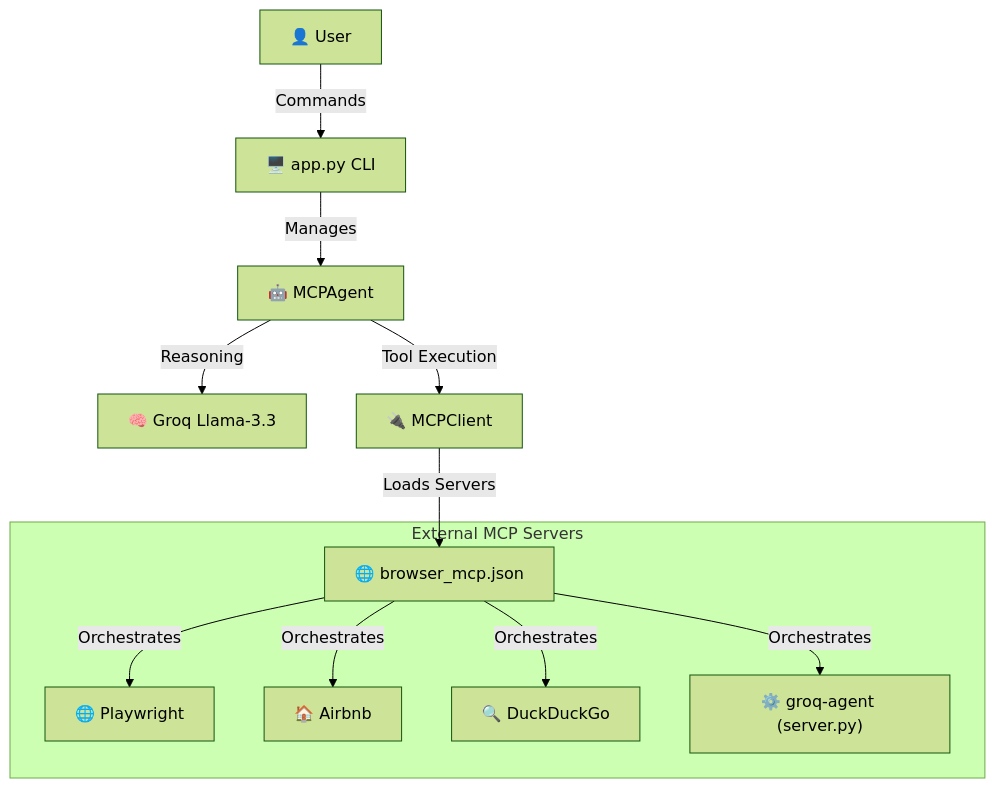
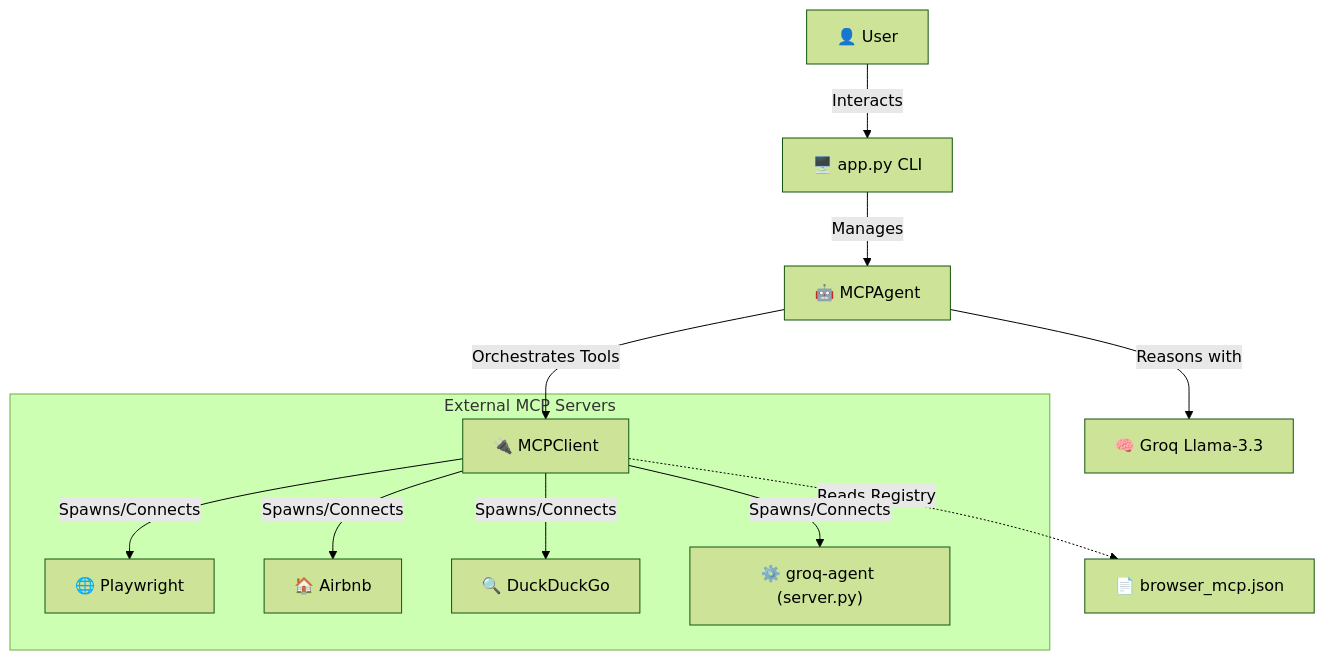
One commit to DarshanHegdeP/MCP changed the diagram in README.md. Above: the diagram before and after it, drawn with Mermaid (forest theme). The commit also changed other lines of this file, not shown here.

````diff
--- a/README.md
+++ b/README.md
@@ -11,15 +11,15 @@
 ```mermaid
 graph TD
-    User["👤 User"] -->|Commands| App["🖥️ app.py CLI"]
+    User["👤 User"] -->|Interacts| App["🖥️ app.py CLI"]
     App -->|Manages| Agent["🤖 MCPAgent"]
-    Agent -->|Reasoning| LLM["🧠 Groq Llama-3.3"]
-    Agent -->|Tool Execution| Client["🔌 MCPClient"]
-    Client -->|Loads Servers| Config["🌐 browser_mcp.json"]
+    Agent -->|Reasons with| LLM["🧠 Groq Llama-3.3"]
+    Agent -->|Orchestrates Tools| Client["🔌 MCPClient"]
+    Client -.->|Reads Registry| Config["📄 browser_mcp.json"]
     
     subgraph "External MCP Servers"
-        Config -->|Orchestrates| PW["🌐 Playwright"]
-        Config -->|Orchestrates| AB["🏠 Airbnb"]
-        Config -->|Orchestrates| DDG["🔍 DuckDuckGo"]
-        Config -->|Orchestrates| GA["⚙️ groq-agent (server.py)"]
+        Client -->|Spawns/Connects| PW["🌐 Playwright"]
+        Client -->|Spawns/Connects| AB["🏠 Airbnb"]
+        Client -->|Spawns/Connects| DDG["🔍 DuckDuckGo"]
+        Client -->|Spawns/Connects| GA["⚙️ groq-agent (server.py)"]
     end
 ```
````
